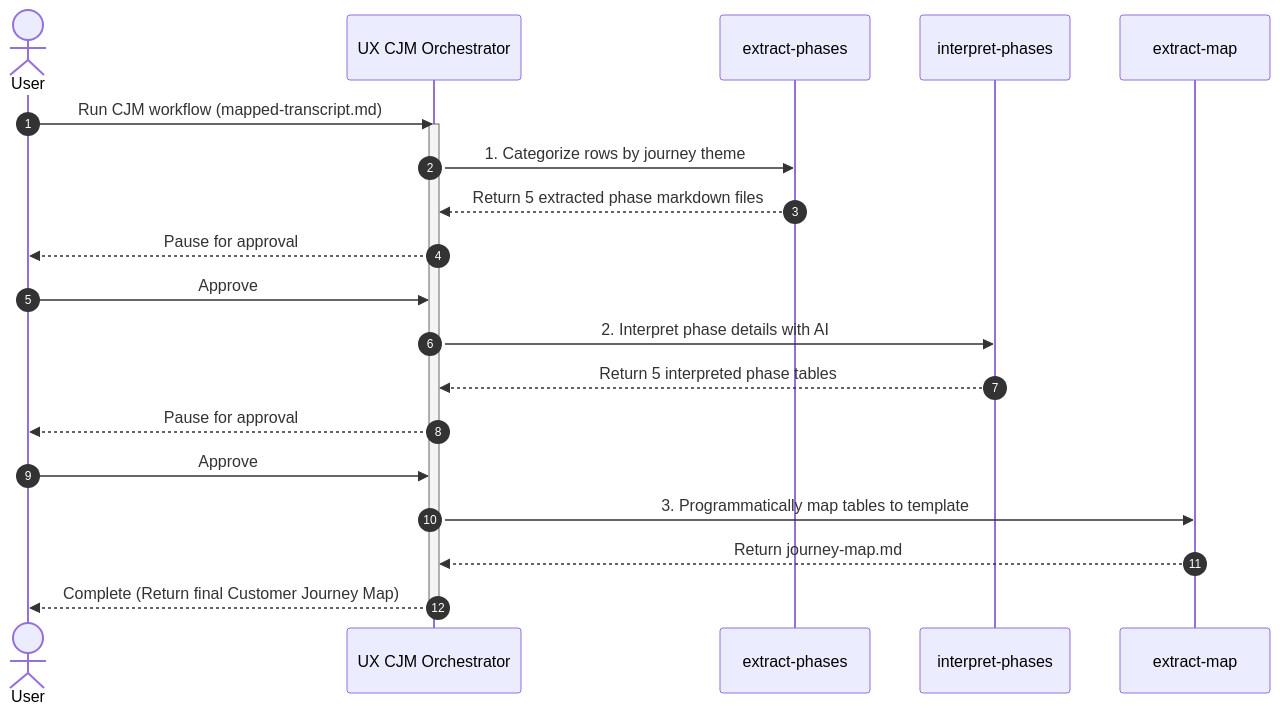
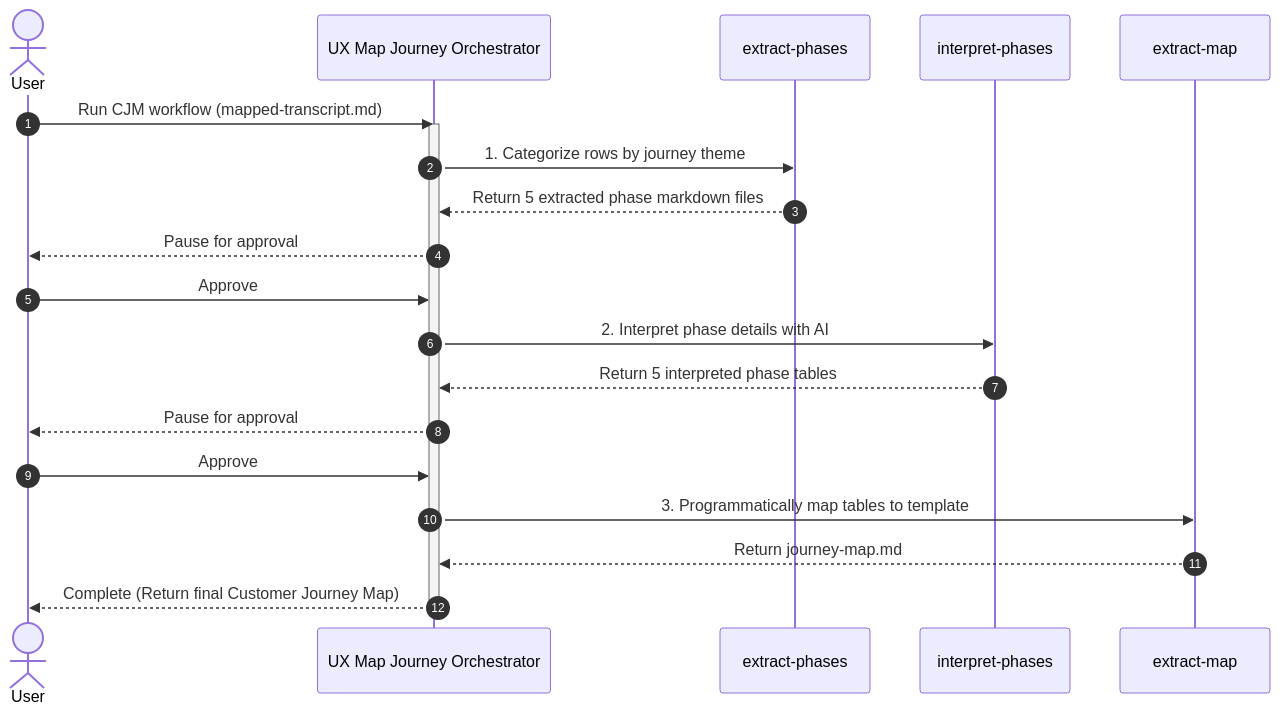
The second of 2 diagrams in README.md (nguyenlamhai89/UX-Agent), drawn with Mermaid before and after one commit. The commit also changed other lines of this file and 23 other files, not shown here.

Commit message:
update: rename ux-cjm workflow to ux-map-journey and update related documents

````diff
--- a/README.md
+++ b/README.md
@@ -67,28 +67,28 @@
 ```mermaid
 sequenceDiagram
     autonumber
     actor User
-    participant Orchestrator as UX CJM Orchestrator
+    participant Orchestrator as UX Map Journey Orchestrator
     participant EP as extract-phases
     participant IP as interpret-phases
     participant EM as extract-map
 
     User->>Orchestrator: Run CJM workflow (mapped-transcript.md)
     activate Orchestrator
     
     Orchestrator->>EP: 1. Categorize rows by journey theme
     EP-->>Orchestrator: Return 5 extracted phase markdown files
     Orchestrator-->>User: Pause for approval
     User->>Orchestrator: Approve
     
     Orchestrator->>IP: 2. Interpret phase details with AI
     IP-->>Orchestrator: Return 5 interpreted phase tables
     Orchestrator-->>User: Pause for approval
     User->>Orchestrator: Approve
     
     Orchestrator->>EM: 3. Programmatically map tables to template
     EM-->>Orchestrator: Return journey-map.md
     
     Orchestrator-->>User: Complete (Return final Customer Journey Map)
     deactivate Orchestrator
 ```
````
